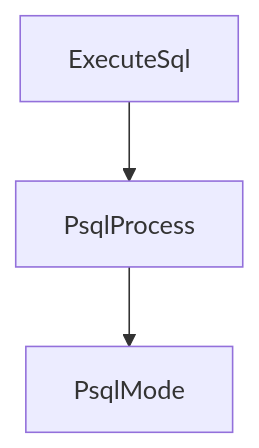
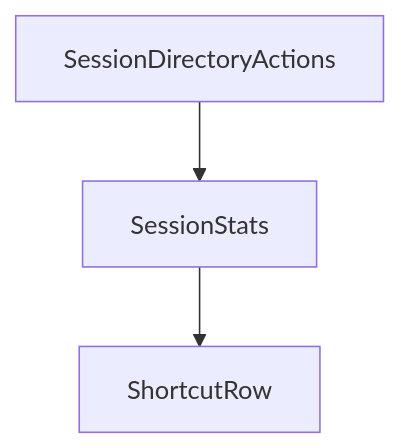
The diagram in tutorials/kimi-cli-tutorial/06-shell-mode-print-mode-and-wire-mode.md (johnxie/awesome-code-docs), drawn with Mermaid before and after one commit. The commit also changed other lines of this file and 1232 other files, not shown here.

````diff
--- a/tutorials/kimi-cli-tutorial/06-shell-mode-print-mode-and-wire-mode.md
+++ b/tutorials/kimi-cli-tutorial/06-shell-mode-print-mode-and-wire-mode.md
@@ -171,8 +169,8 @@
 ```mermaid
 flowchart TD
-    A[ExecuteSql]
-    B[PsqlProcess]
-    C[PsqlMode]
+    A[SessionDirectoryActions]
+    B[SessionStats]
+    C[ShortcutRow]
     A --> B
     B --> C
 ```
````
